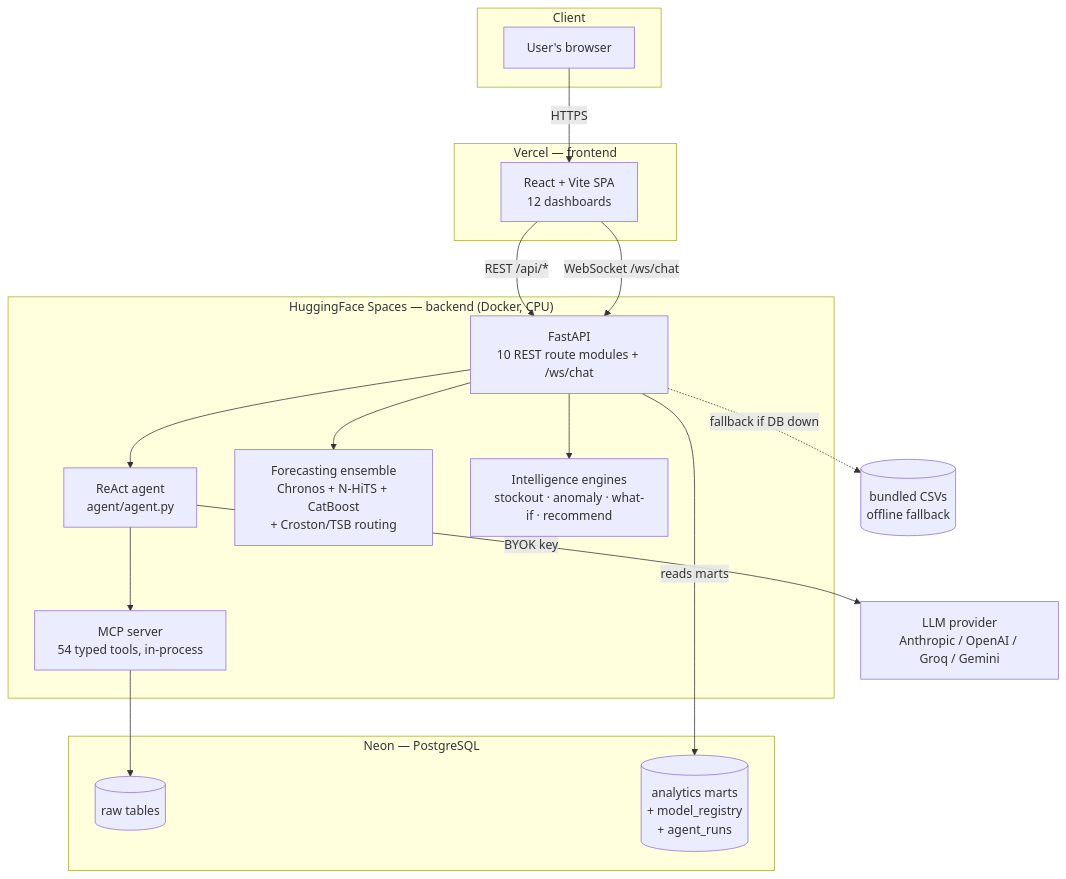
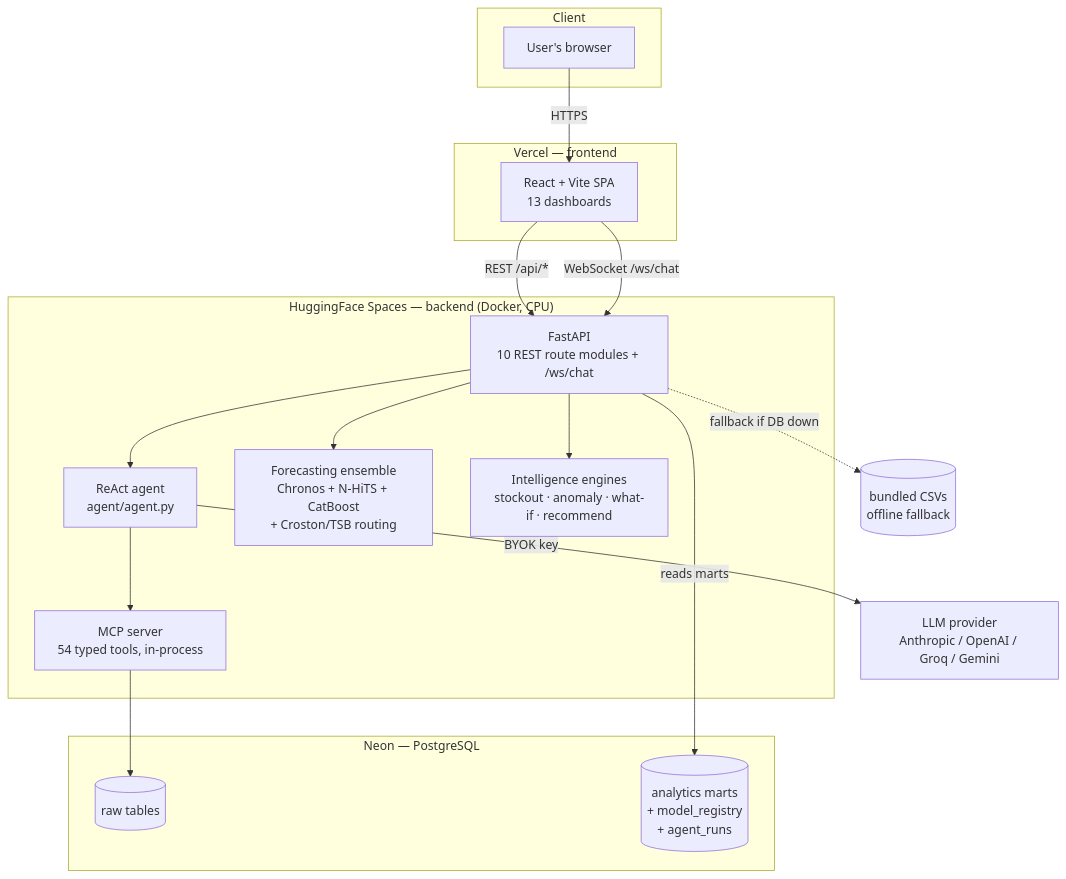
Before and after one commit to shiva-shivanibokka/SCM-using-MCP-and-LLM: the first of 3 diagrams in README.md, drawn with Mermaid. The commit also changed other lines of this file and 6 other files, not shown here.

````diff
--- a/README.md
+++ b/README.md
@@ -68,33 +68,33 @@
 ```mermaid
 flowchart TD
     subgraph Client
         U[User's browser]
     end
     subgraph Vercel["Vercel — frontend"]
-        FE[React + Vite SPA<br/>12 dashboards]
+        FE[React + Vite SPA<br/>13 dashboards]
     end
     subgraph HF["HuggingFace Spaces — backend (Docker, CPU)"]
         API[FastAPI<br/>10 REST route modules + /ws/chat]
         AG[ReAct agent<br/>agent/agent.py]
         MCP[MCP server<br/>54 typed tools, in-process]
         FC[Forecasting ensemble<br/>Chronos + N-HiTS + CatBoost<br/>+ Croston/TSB routing]
         INT[Intelligence engines<br/>stockout · anomaly · what-if · recommend]
     end
     subgraph Neon["Neon — PostgreSQL"]
         RAW[(raw tables)]
         MARTS[(analytics marts<br/>+ model_registry<br/>+ agent_runs)]
     end
     LLM[LLM provider<br/>Anthropic / OpenAI / Groq / Gemini]
     CSV[(bundled CSVs<br/>offline fallback)]
 
     U -->|HTTPS| FE
     FE -->|REST /api/*| API
     FE -->|WebSocket /ws/chat| API
     API --> AG --> MCP
     API --> FC
     API --> INT
     AG -->|BYOK key| LLM
     MCP --> RAW
     API -->|reads marts| MARTS
     API -. fallback if DB down .-> CSV
 ```
````
